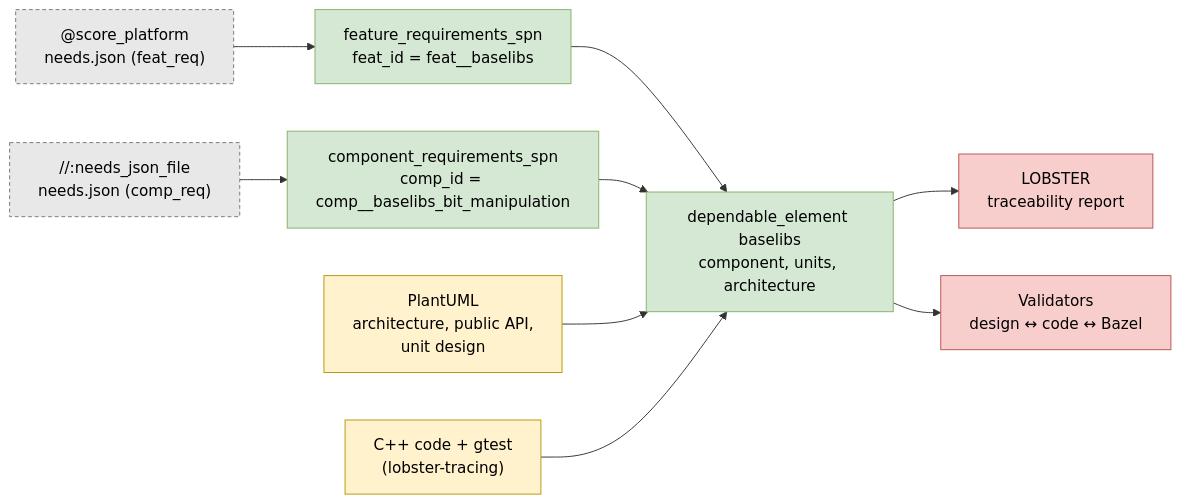
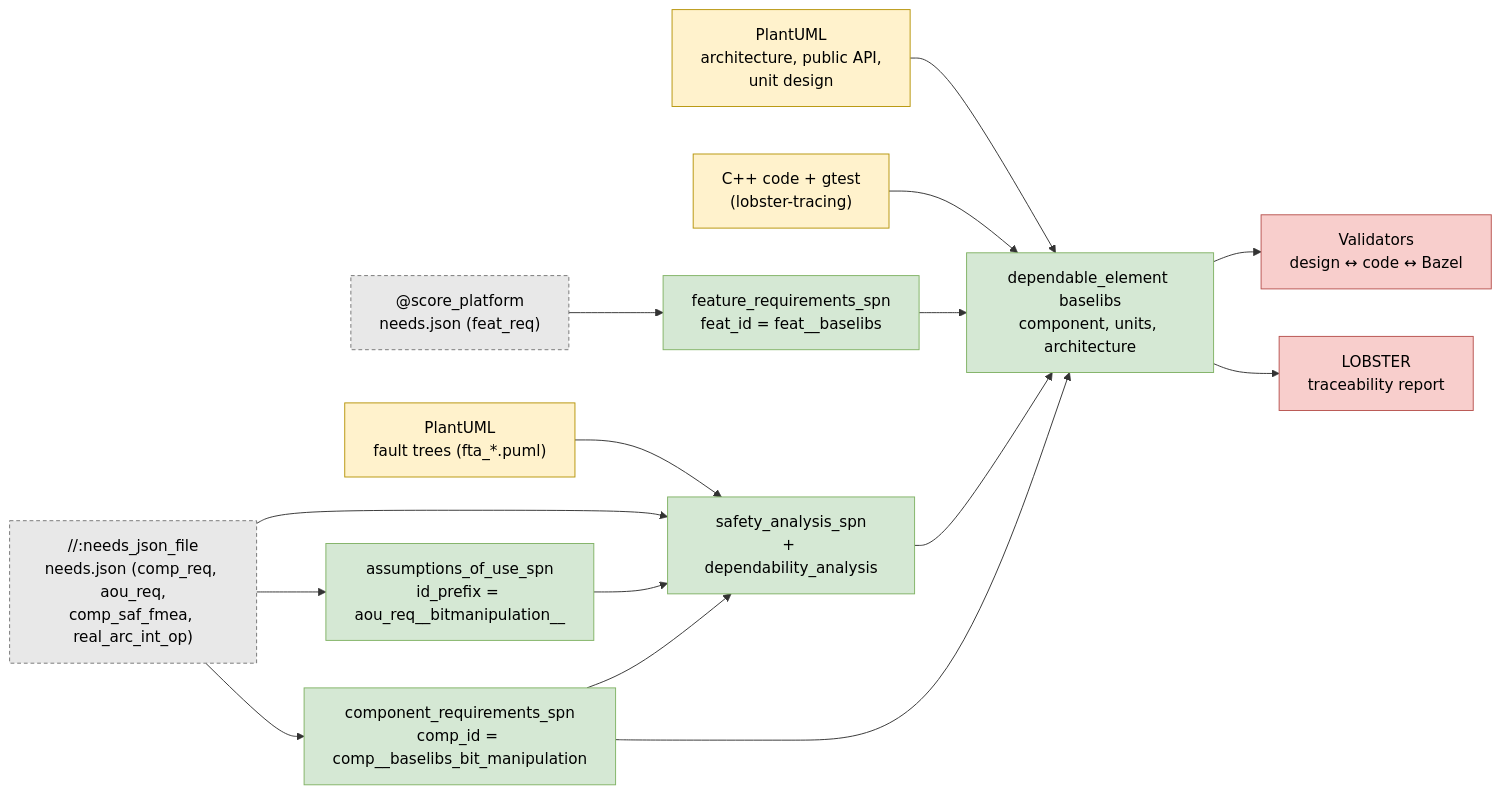
One commit to eclipse-score/baselibs changed the diagram in dependable_element/README.md. Above: the diagram before and after it, drawn with Mermaid. The commit also changed other lines of this file and 10 other files, not shown here.

First line of the commit message:
dependable_element: safety analysis from the Sphinx-Needs FMEA

````diff
--- a/dependable_element/README.md
+++ b/dependable_element/README.md
@@ -18,25 +20,32 @@
 ```mermaid
 flowchart LR
   classDef src fill:#FFF2CC,stroke:#B7950B,color:#000000
   classDef gen fill:#E8E8E8,stroke:#777,stroke-dasharray: 4 3,color:#000000
   classDef rs fill:#D5E8D4,stroke:#82B366,color:#000000
   classDef chk fill:#F8CECC,stroke:#B85450,color:#000000
 
   PLAT["@score_platform<br/>needs.json (feat_req)"]:::gen
-  DOCS["//:needs_json_file<br/>needs.json (comp_req)"]:::gen
+  DOCS["//:needs_json_file<br/>needs.json (comp_req, aou_req,<br/>comp_saf_fmea, real_arc_int_op)"]:::gen
   PUML["PlantUML<br/>architecture, public API,<br/>unit design"]:::src
+  FTA["PlantUML<br/>fault trees (fta_*.puml)"]:::src
   CPP["C++ code + gtest<br/>(lobster-tracing)"]:::src
 
   FR["feature_requirements_spn<br/>feat_id = feat__baselibs"]:::rs
   CR["component_requirements_spn<br/>comp_id = comp__baselibs_bit_manipulation"]:::rs
+  AOU["assumptions_of_use_spn<br/>id_prefix = aou_req__bitmanipulation__"]:::rs
+  SA["safety_analysis_spn<br/>+ dependability_analysis"]:::rs
   DE["dependable_element baselibs<br/>component, units, architecture"]:::rs
   LOB["LOBSTER<br/>traceability report"]:::chk
   VAL["Validators<br/>design ↔ code ↔ Bazel"]:::chk
 
   PLAT --> FR --> DE
   DOCS --> CR --> DE
+  DOCS --> AOU --> SA
+  CR --> SA
+  DOCS --> SA
+  FTA --> SA --> DE
   PUML --> DE
   CPP --> DE
   DE --> LOB
   DE --> VAL
 ```
````
